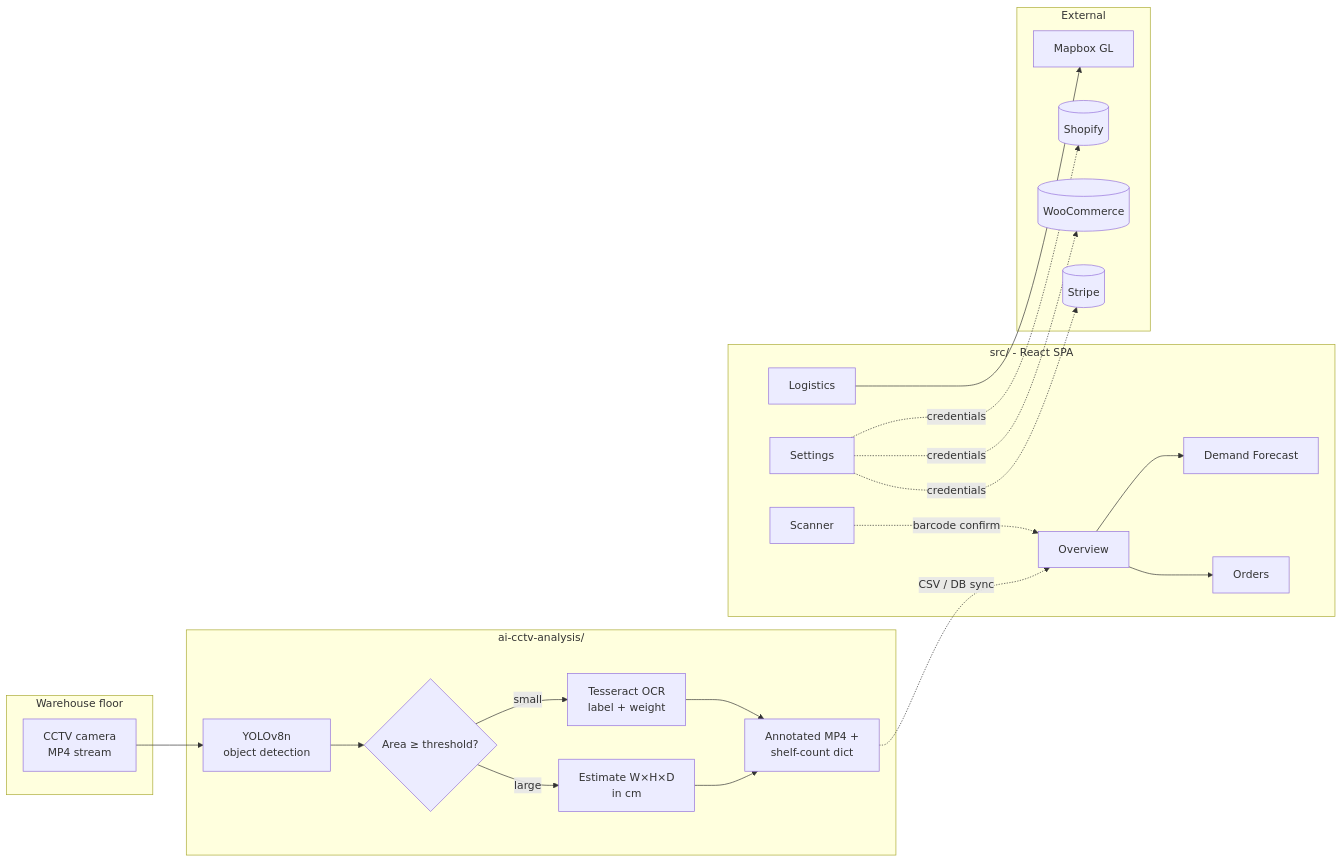
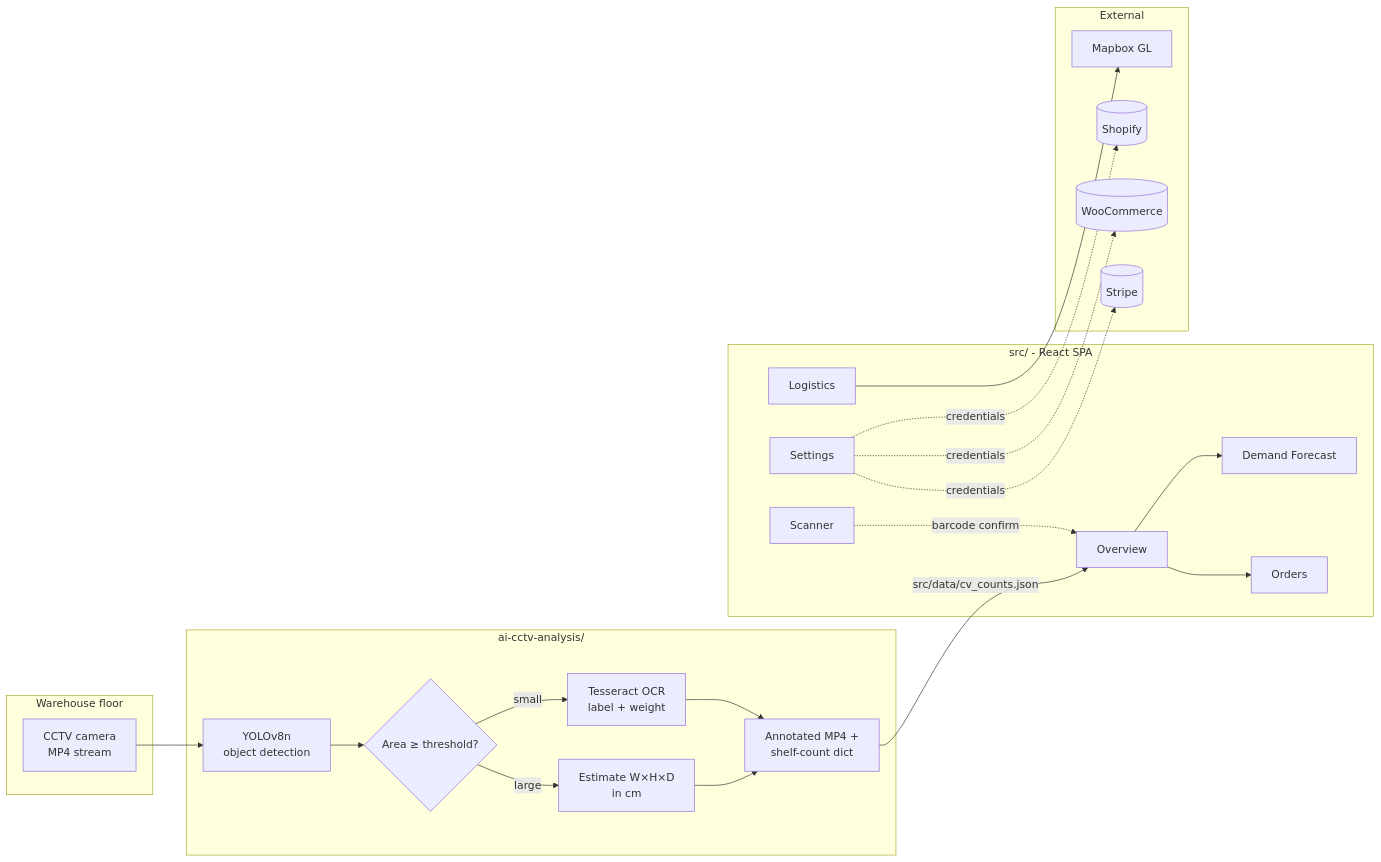
Before and after one commit to trishnadas7897/warehouse-inventory-management: the diagram in README.md, drawn with Mermaid. The commit also changed other lines of this file and 5 other files, not shown here.

````diff
--- a/README.md
+++ b/README.md
@@ -40,44 +40,44 @@
 ```mermaid
 flowchart LR
     subgraph Warehouse["Warehouse floor"]
         CCTV[CCTV camera<br/>MP4 stream]
     end
 
     subgraph AI["ai-cctv-analysis/"]
         YOLO[YOLOv8n<br/>object detection]
         AREA{Area &ge; threshold?}
         DIMS[Estimate W&times;H&times;D<br/>in cm]
         OCR[Tesseract OCR<br/>label + weight]
         ANNOT[Annotated MP4 +<br/>shelf-count dict]
     end
 
     subgraph Dashboard["src/  - React SPA"]
         INDEX[Overview]
         SCAN[Scanner]
         FCAST[Demand Forecast]
         LOG[Logistics]
         ORD[Orders]
         SET[Settings]
     end
 
     subgraph Integrations["External"]
         MAP[Mapbox GL]
         SHOP[(Shopify)]
         WOO[(WooCommerce)]
         STR[(Stripe)]
     end
 
     CCTV --> YOLO
     YOLO --> AREA
     AREA -- large --> DIMS --> ANNOT
     AREA -- small --> OCR --> ANNOT
-    ANNOT -. CSV / DB sync .-> INDEX
+    ANNOT -- src/data/cv_counts.json --> INDEX
 
     INDEX --> FCAST
     INDEX --> ORD
     SCAN -. barcode confirm .-> INDEX
     LOG --> MAP
     SET -. credentials .-> SHOP
     SET -. credentials .-> WOO
     SET -. credentials .-> STR
 ```
````
